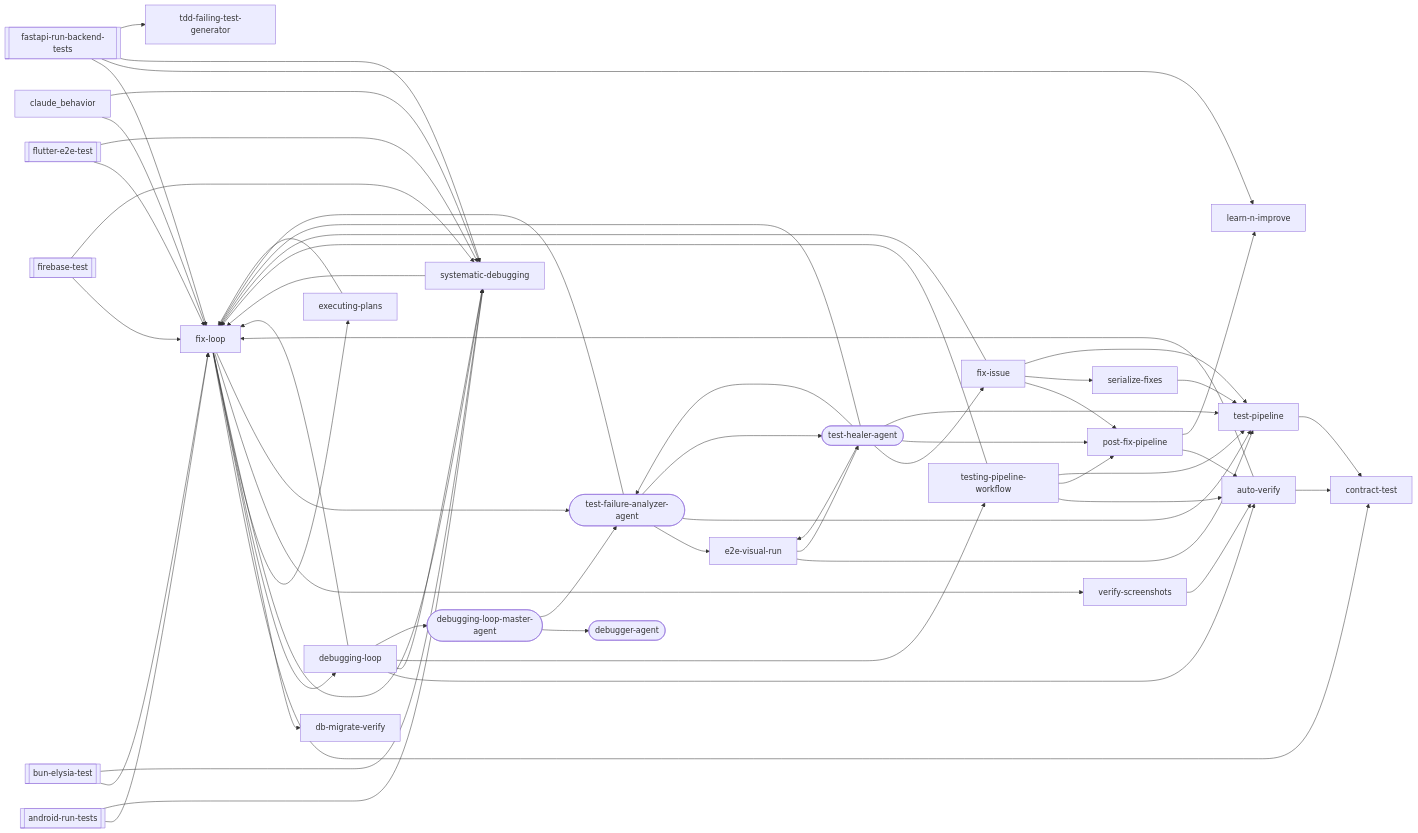
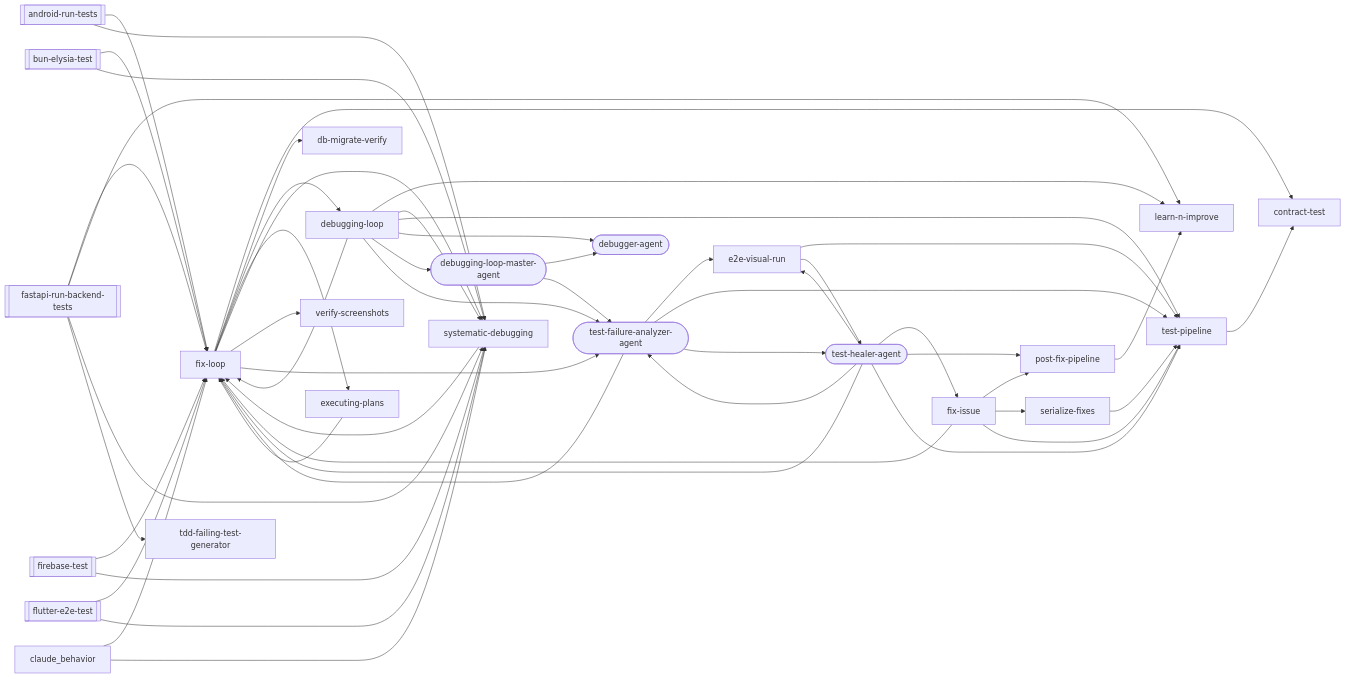
Before and after one commit to abhayla/claude-best-practices: the third of 23 diagrams in docs/workflows/debugging-loop.md, drawn with Mermaid. The commit also changed other lines of this file and 12 other files, not shown here.

```diff
--- a/docs/workflows/debugging-loop.md
+++ b/docs/workflows/debugging-loop.md
@@ -643,7 +620,6 @@
     fastapi_run_backend_tests[["fastapi-run-backend-tests"]]
     firebase_test[["firebase-test"]]
     flutter_e2e_test[["flutter-e2e-test"]]
-    auto_verify["auto-verify"]
     contract_test["contract-test"]
     db_migrate_verify["db-migrate-verify"]
     debugger_agent(["debugger-agent"])
@@ -661,19 +637,18 @@
     test_failure_analyzer_agent(["test-failure-analyzer-agent"])
     test_healer_agent(["test-healer-agent"])
     test_pipeline["test-pipeline"]
-    testing_pipeline_workflow["testing-pipeline-workflow"]
     verify_screenshots["verify-screenshots"]
     android_run_tests --> fix_loop
     android_run_tests --> systematic_debugging
-    auto_verify --> contract_test
-    auto_verify --> fix_loop
     bun_elysia_test --> fix_loop
     bun_elysia_test --> systematic_debugging
-    debugging_loop --> auto_verify
     debugging_loop --> fix_loop
+    debugging_loop --> learn_n_improve
     debugging_loop --> systematic_debugging
-    debugging_loop --> testing_pipeline_workflow
+    debugging_loop --> test_pipeline
+    debugging_loop --> debugger_agent
     debugging_loop --> debugging_loop_master_agent
+    debugging_loop --> test_failure_analyzer_agent
     e2e_visual_run --> test_pipeline
     e2e_visual_run --> test_healer_agent
     executing_plans --> fix_loop
@@ -696,16 +671,10 @@
     fix_loop --> test_failure_analyzer_agent
     flutter_e2e_test --> fix_loop
     flutter_e2e_test --> systematic_debugging
-    post_fix_pipeline --> auto_verify
     post_fix_pipeline --> learn_n_improve
     serialize_fixes --> test_pipeline
     systematic_debugging --> fix_loop
     test_pipeline --> contract_test
-    testing_pipeline_workflow --> auto_verify
-    testing_pipeline_workflow --> fix_loop
-    testing_pipeline_workflow --> post_fix_pipeline
-    testing_pipeline_workflow --> test_pipeline
-    verify_screenshots --> auto_verify
     debugging_loop_master_agent --> debugger_agent
     debugging_loop_master_agent --> test_failure_analyzer_agent
     test_failure_analyzer_agent --> e2e_visual_run
```
